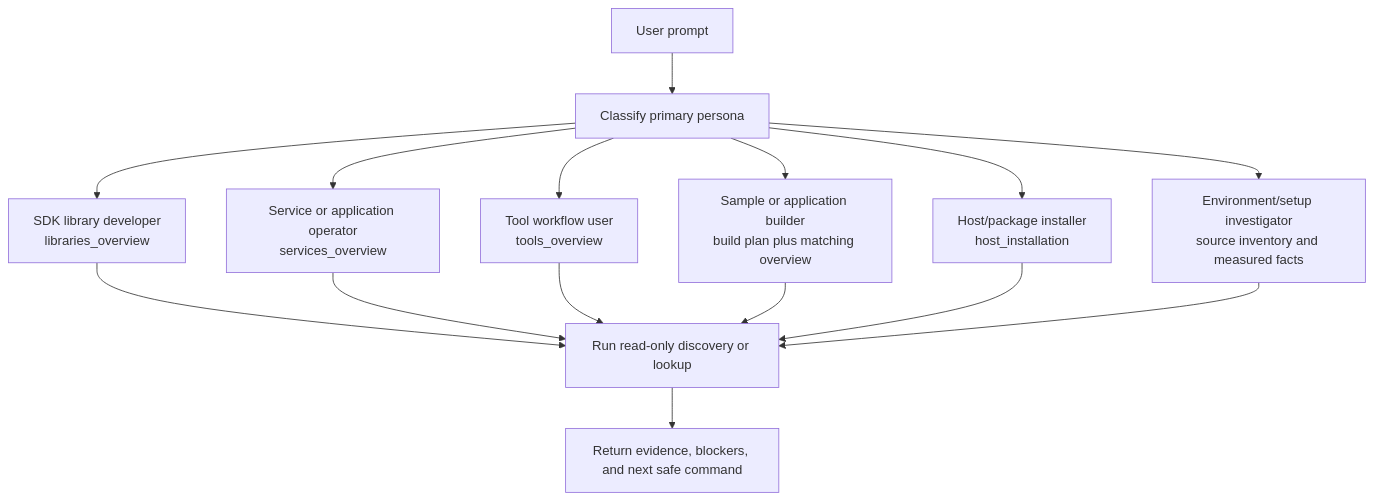
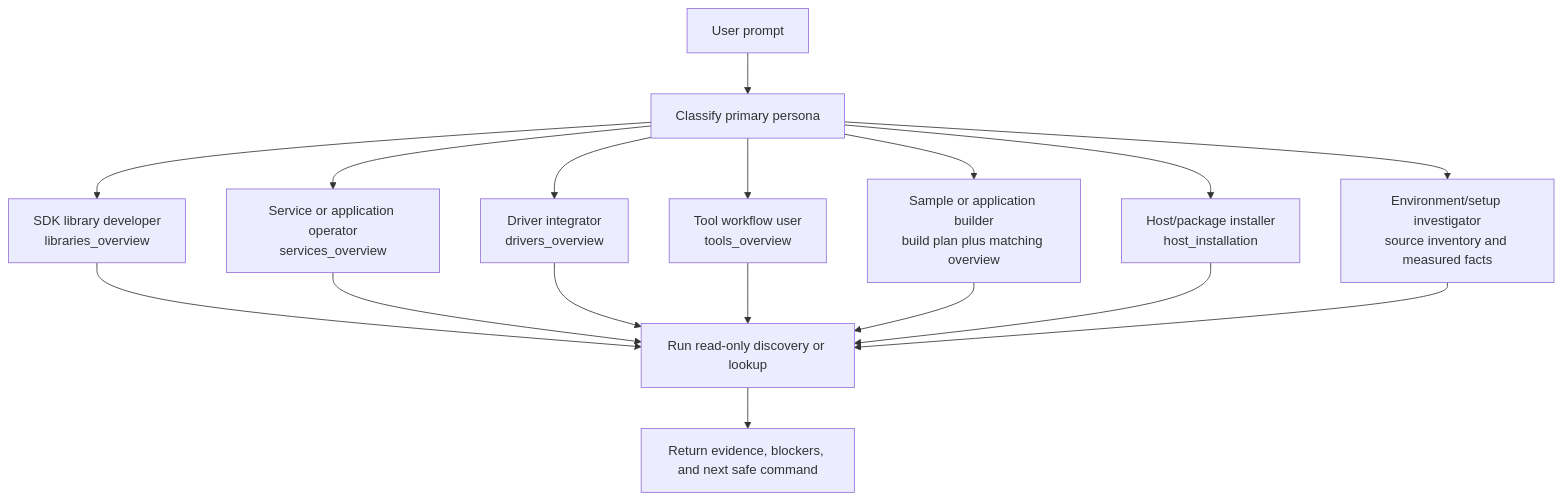
One commit to NVIDIA-DOCA/doca-skills changed the diagram in guides/persona-routing.md. Above: the diagram before and after it, drawn with Mermaid. The commit also changed other lines of this file and 49 other files, not shown here.

````diff
--- a/guides/persona-routing.md
+++ b/guides/persona-routing.md
@@ -23,28 +24,31 @@
 ```mermaid
 flowchart TD
     prompt["User prompt"]
     classify["Classify primary persona"]
     library["SDK library developer<br/>libraries_overview"]
     service["Service or application operator<br/>services_overview"]
+    driver["Driver integrator<br/>drivers_overview"]
     tool["Tool workflow user<br/>tools_overview"]
     sample["Sample or application builder<br/>build plan plus matching overview"]
     host["Host/package installer<br/>host_installation"]
     setup["Environment/setup investigator<br/>source inventory and measured facts"]
     evidence["Run read-only discovery or lookup"]
     answer["Return evidence, blockers, and next safe command"]
 
     prompt --> classify
     classify --> library
     classify --> service
+    classify --> driver
     classify --> tool
     classify --> sample
     classify --> host
     classify --> setup
     library --> evidence
     service --> evidence
+    driver --> evidence
     tool --> evidence
     sample --> evidence
     host --> evidence
     setup --> evidence
     evidence --> answer
 ```
````
